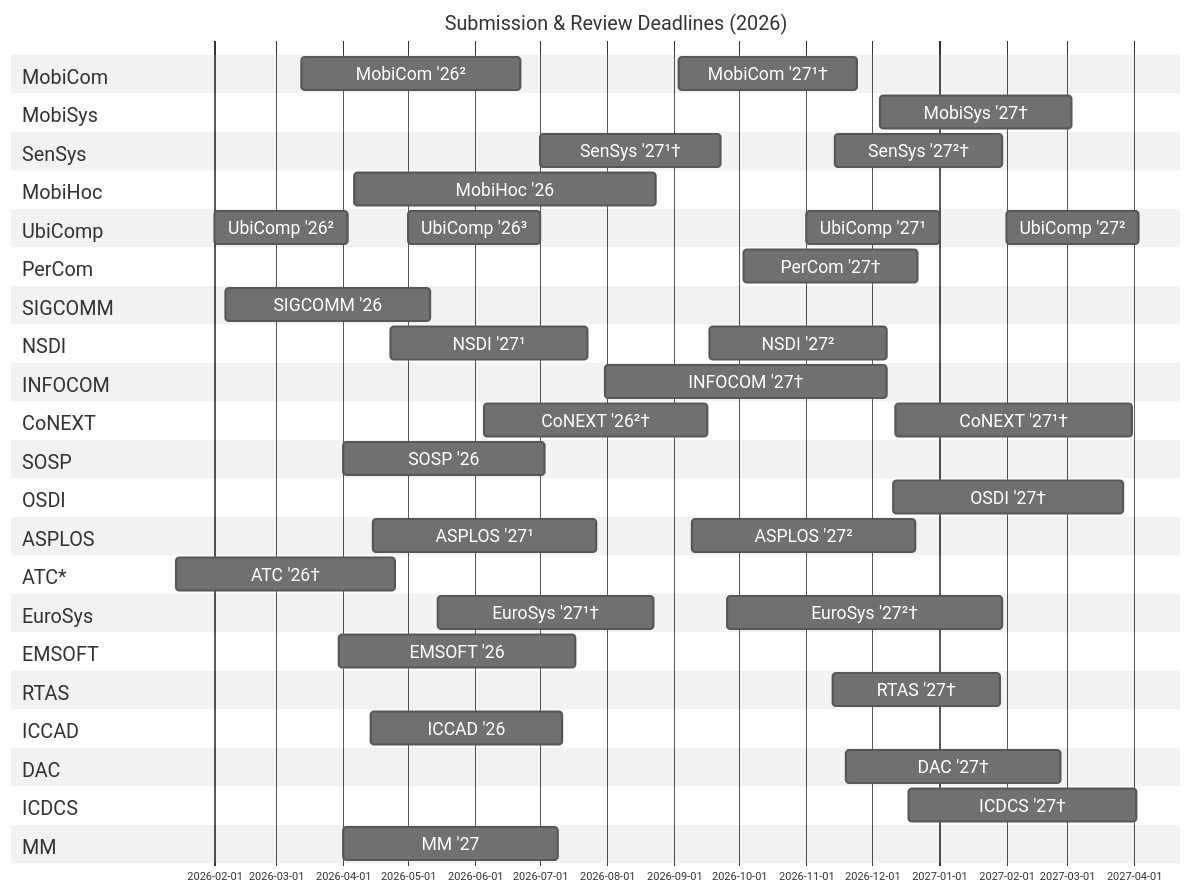
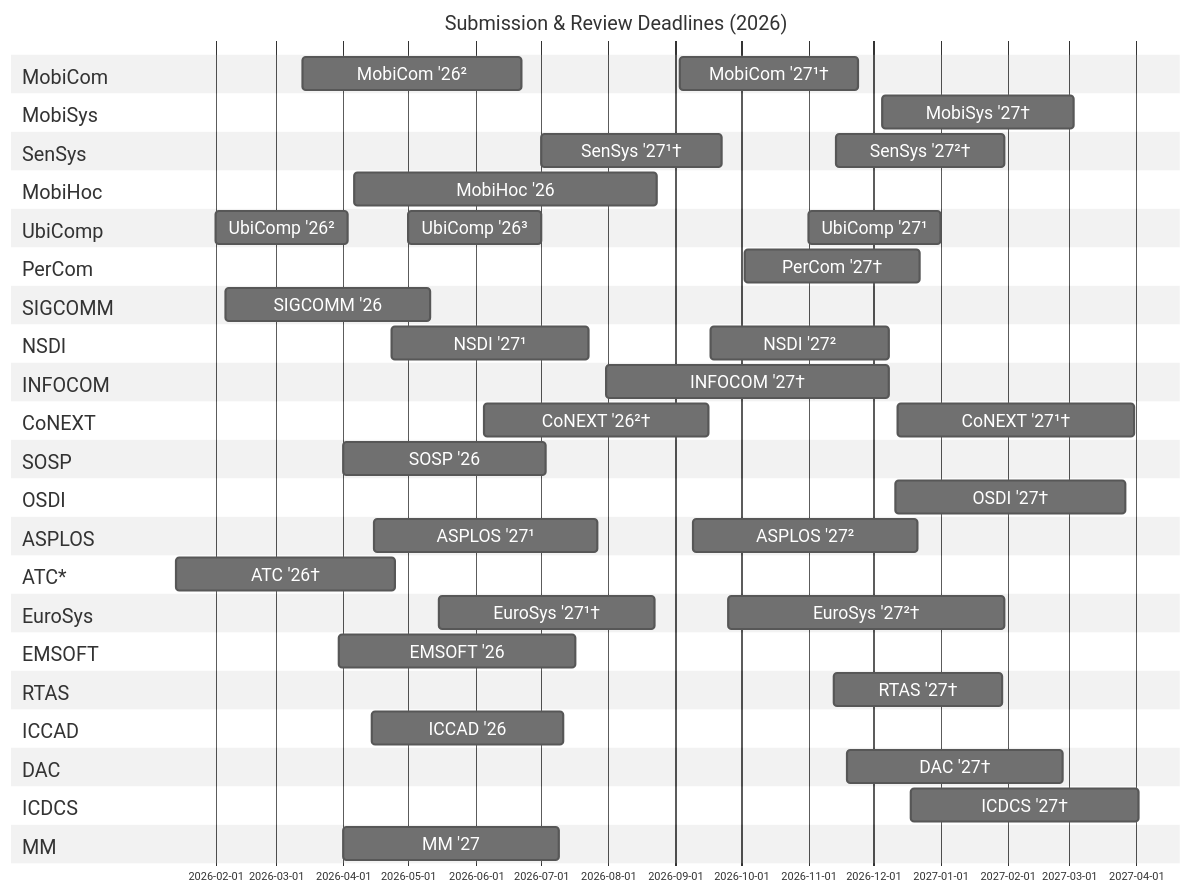
Before and after one commit to iamseonghoon/Mobile-Systems-Conference-Timelines: the diagram in README.md, drawn with Mermaid. The commit also changed other lines of this file, not shown here.

First line of the commit message:
Change UbiComp links to ACM submission guidelines

```diff
--- a/README.md
+++ b/README.md
@@ -42,7 +42,6 @@
     UbiComp '26² :ubicomp26-review3, 2026-02-01, 61d
     UbiComp '26³ :ubicomp26-review2, 2026-05-01, 61d
     UbiComp '27¹ :ubicomp27-review1, 2026-11-01, 61d
-    UbiComp '27² :ubicomp27-review2, 2027-02-01, 61d
 
     section PerCom
     PerCom '27† :percom27-review, 2026-10-03, 80d
```
